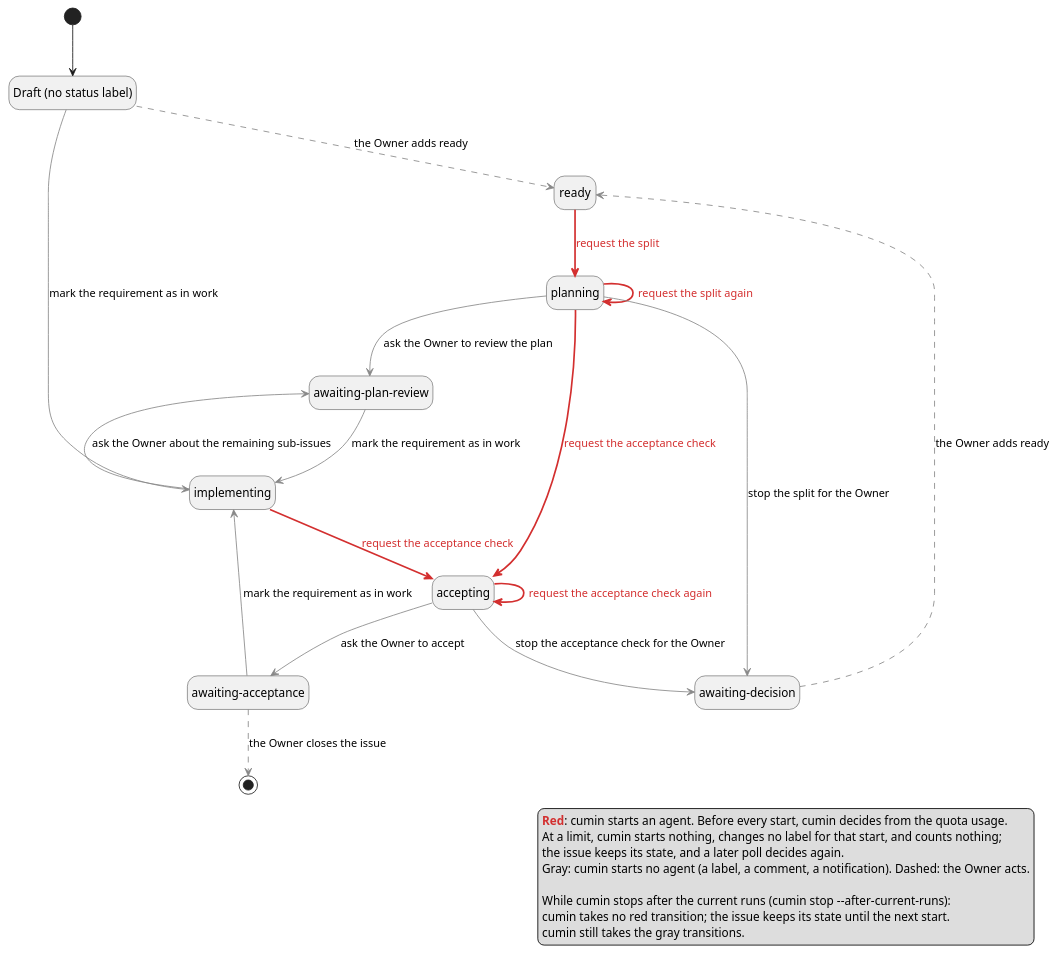
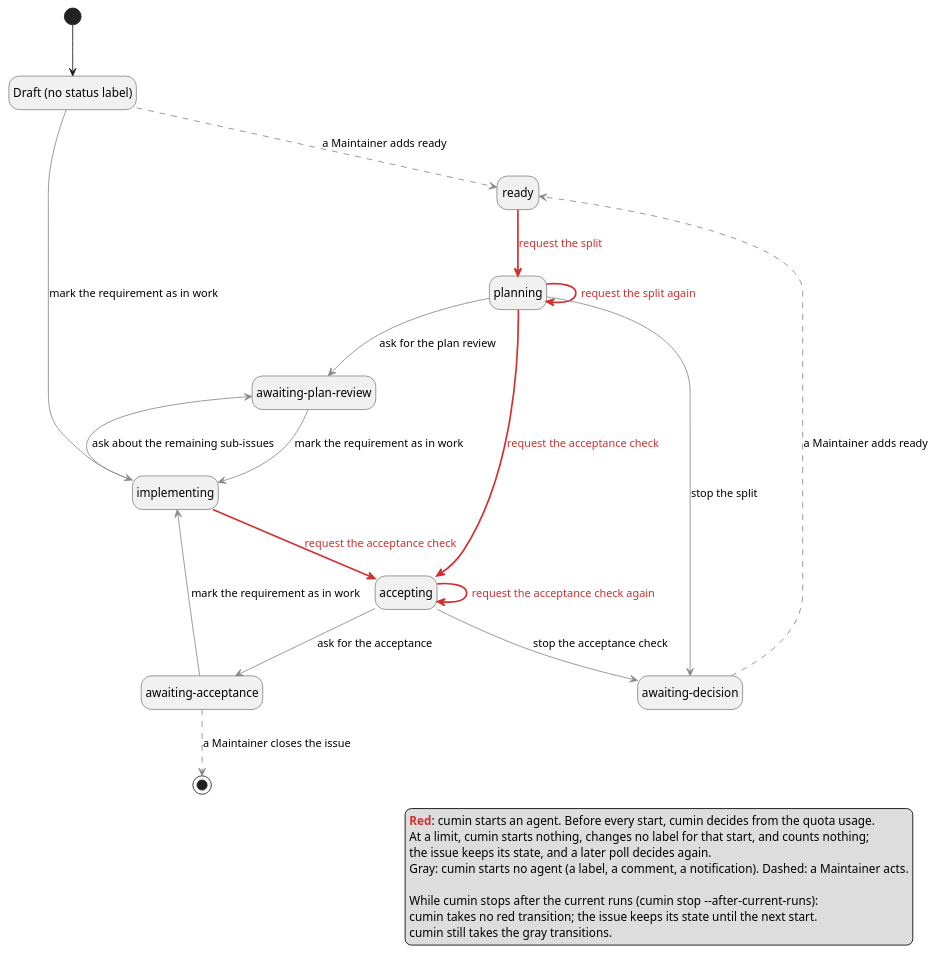
Before and after one commit to cloveclovedev/cumin-works: the diagram in docs/ja/requirements/workflow/requirement-issue-agent-starts.puml, drawn with PlantUML. The commit also changed 10 other files, not shown here.

```diff
--- a/docs/ja/requirements/workflow/requirement-issue-agent-starts.puml
+++ b/docs/ja/requirements/workflow/requirement-issue-agent-starts.puml
@@ -1,47 +1,47 @@
 @startuml requirement-issue-agent-starts
 ' cumin works - states of a requirement issue: which transitions start an agent,
 ' they all read the quota usage first, and none is taken while cumin stops after the current runs.
 ' The states and the transitions are the ones of requirement-issue-states.puml; only the names are shown.
 ' Render: run scripts/render-diagrams.sh at the root of the repository.
 
 hide empty description
 
 state "Draft (no status label)" as Draft
 state "ready" as Ready
 state "planning" as Planning
 state "awaiting-plan-review" as PlanReview
 state "implementing" as Implementing
 state "accepting" as Accepting
 state "awaiting-acceptance" as Acceptance
 state "awaiting-decision" as Decision
 
 [*] --> Draft
-Draft -[#888888,dashed]-> Ready : the Owner adds ready
+Draft -[#888888,dashed]-> Ready : a Maintainer adds ready
 Draft -[#888888]-> Implementing : mark the requirement as in work
 Ready -[#D32F2F,bold]-> Planning : <color:#D32F2F>request the split</color>
-Planning -[#888888]-> PlanReview : ask the Owner to review the plan
+Planning -[#888888]-> PlanReview : ask for the plan review
 Planning -[#D32F2F,bold]-> Accepting : <color:#D32F2F>request the acceptance check</color>
 Planning -[#D32F2F,bold]-> Planning : <color:#D32F2F>request the split again</color>
-Planning -[#888888]-> Decision : stop the split for the Owner
+Planning -[#888888]-> Decision : stop the split
 PlanReview -[#888888]-> Implementing : mark the requirement as in work
 Implementing -[#D32F2F,bold]-> Accepting : <color:#D32F2F>request the acceptance check</color>
-Implementing -[#888888]-> PlanReview : ask the Owner about the remaining sub-issues
-Accepting -[#888888]-> Acceptance : ask the Owner to accept
+Implementing -[#888888]-> PlanReview : ask about the remaining sub-issues
+Accepting -[#888888]-> Acceptance : ask for the acceptance
 Accepting -[#D32F2F,bold]-> Accepting : <color:#D32F2F>request the acceptance check again</color>
-Accepting -[#888888]-> Decision : stop the acceptance check for the Owner
+Accepting -[#888888]-> Decision : stop the acceptance check
 Acceptance -[#888888]-> Implementing : mark the requirement as in work
-Acceptance -[#888888,dashed]-> [*] : the Owner closes the issue
-Decision -[#888888,dashed]-> Ready : the Owner adds ready
+Acceptance -[#888888,dashed]-> [*] : a Maintainer closes the issue
+Decision -[#888888,dashed]-> Ready : a Maintainer adds ready
 
 legend right
   <color:#D32F2F>**Red**</color>: cumin starts an agent. Before every start, cumin decides from the quota usage.
   At a limit, cumin starts nothing, changes no label for that start, and counts nothing;
   the issue keeps its state, and a later poll decides again.
-  Gray: cumin starts no agent (a label, a comment, a notification). Dashed: the Owner acts.
+  Gray: cumin starts no agent (a label, a comment, a notification). Dashed: a Maintainer acts.
 
   While cumin stops after the current runs (cumin stop --after-current-runs):
   cumin takes no red transition; the issue keeps its state until the next start.
   cumin still takes the gray transitions.
 endlegend
 
 @enduml
```
